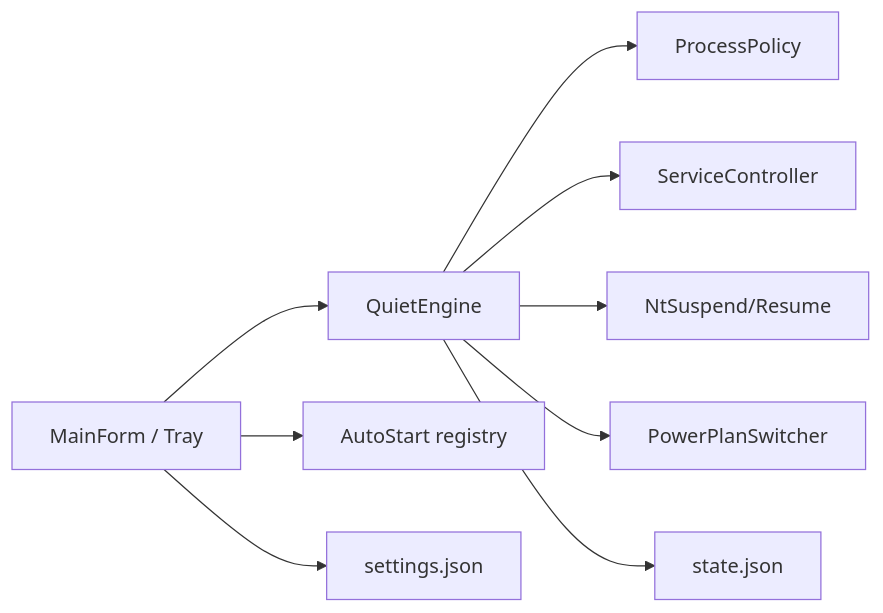
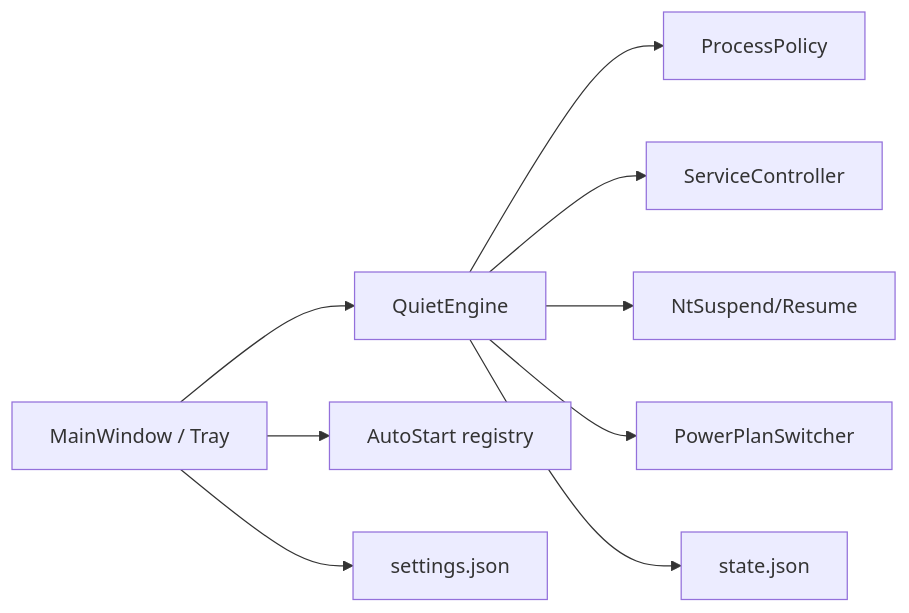
One commit to Swatto86/ComputeQuiet changed the diagram in AI_CONTEXT.md. Above: the diagram before and after it, drawn with Mermaid. The commit also changed other lines of this file and 8 other files, not shown here.

````diff
--- a/AI_CONTEXT.md
+++ b/AI_CONTEXT.md
@@ -23,11 +23,11 @@
 ```mermaid
 flowchart LR
-  UI[MainForm / Tray] --> Eng[QuietEngine]
+  UI[MainWindow / Tray] --> Eng[QuietEngine]
   Eng --> Pol[ProcessPolicy]
   Eng --> Svc[ServiceController]
   Eng --> Nt[NtSuspend/Resume]
   Eng --> Pwr[PowerPlanSwitcher]
   UI --> Auto[AutoStart registry]
   Eng --> Store[state.json]
   UI --> Cfg[settings.json]
 ```
````
